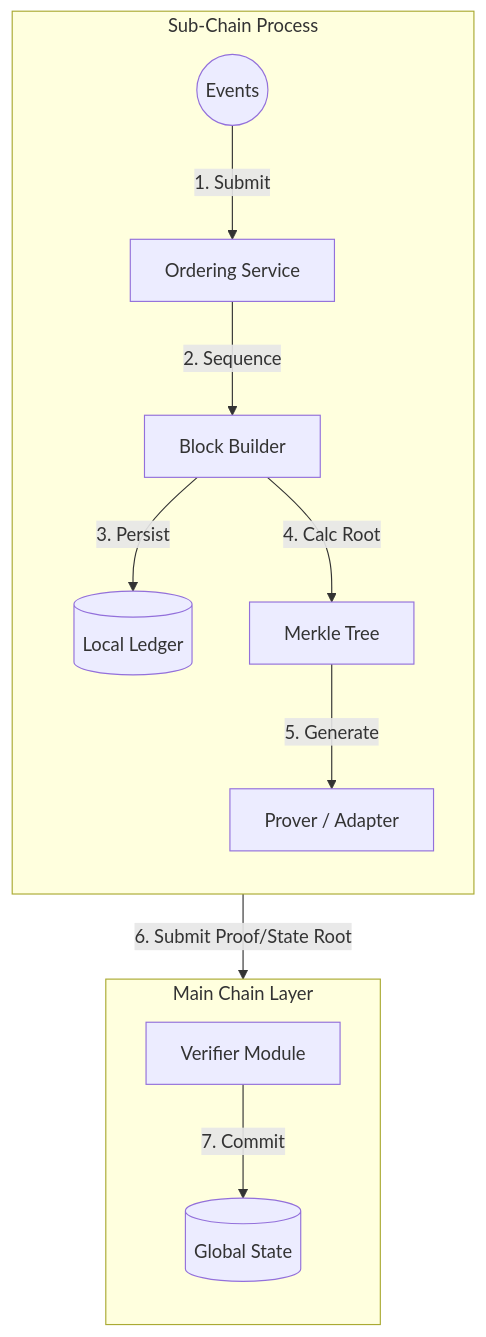
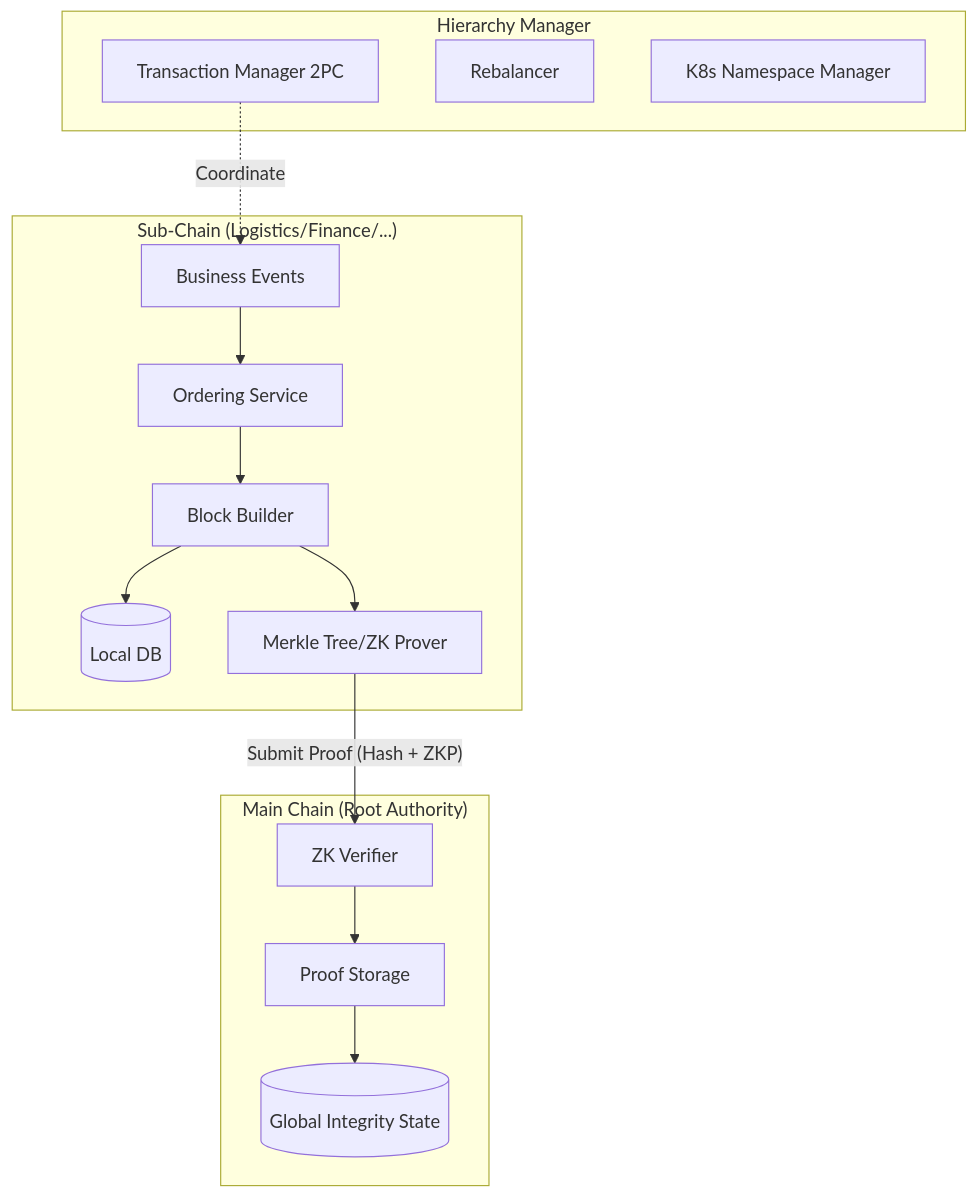
The diagram in docs/vi/modules/hierarchical.md (VanDung-dev/HieraChain), drawn with Mermaid before and after one commit. The commit also changed other lines of this file and 17 other files, not shown here.

````diff
--- a/docs/vi/modules/hierarchical.md
+++ b/docs/vi/modules/hierarchical.md
@@ -54,21 +67,24 @@
 ```mermaid
-flowchart TD
-    subgraph SubChain [Sub-Chain Process]
-        direction TB
-        Input((Events)) -->|1. Submit| Orderer[Ordering Service]
-        Orderer -->|2. Sequence| Builder[Block Builder]
-        Builder -->|3. Persist| LocalDB[(Local Ledger)]
-        Builder -->|4. Calc Root| Merkle[Merkle Tree]
-        Merkle -->|5. Generate| Prover[Prover / Adapter]
+graph TD
+    subgraph "Sub-Chain (Logistics/Finance/...)"
+        A[Business Events] --> B[Ordering Service]
+        B --> C[Block Builder]
+        C --> D[(Local DB)]
+        C --> E[Merkle Tree/ZK Prover]
     end
 
-    subgraph MainChain [Main Chain Layer]
-        direction TB
-        Verifier[Verifier Module]
-        MainDB[(Global State)]
-        
-        Verifier -->|7. Commit| MainDB
+    subgraph "Main Chain (Root Authority)"
+        F[ZK Verifier] --> G[Proof Storage]
+        G --> H[(Global Integrity State)]
     end
 
-    Prover -->|6. Submit Proof/State Root| Verifier
+    E -- "Submit Proof (Hash + ZKP)" --> F
+    
+    subgraph "Hierarchy Manager"
+        I[Transaction Manager 2PC]
+        J[Rebalancer]
+        K[K8s Namespace Manager]
+    end
+    
+    I -. "Coordinate" .-> A
 ```
````
